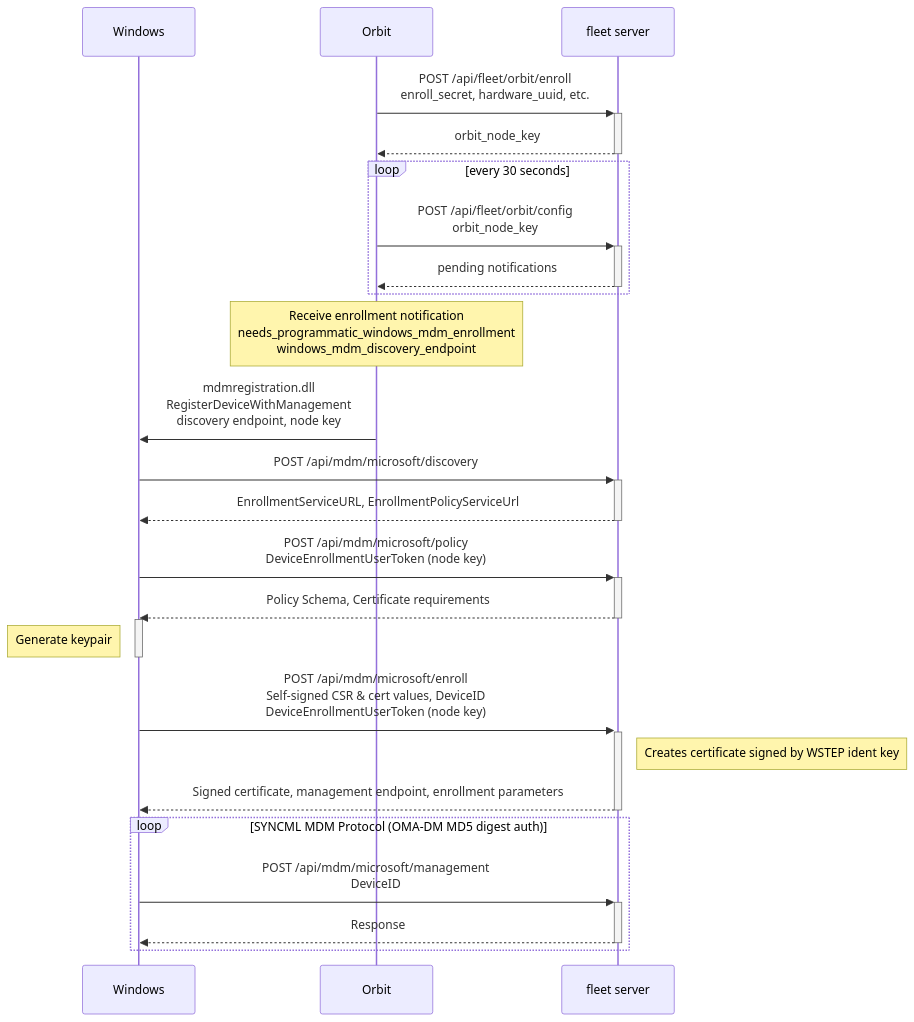
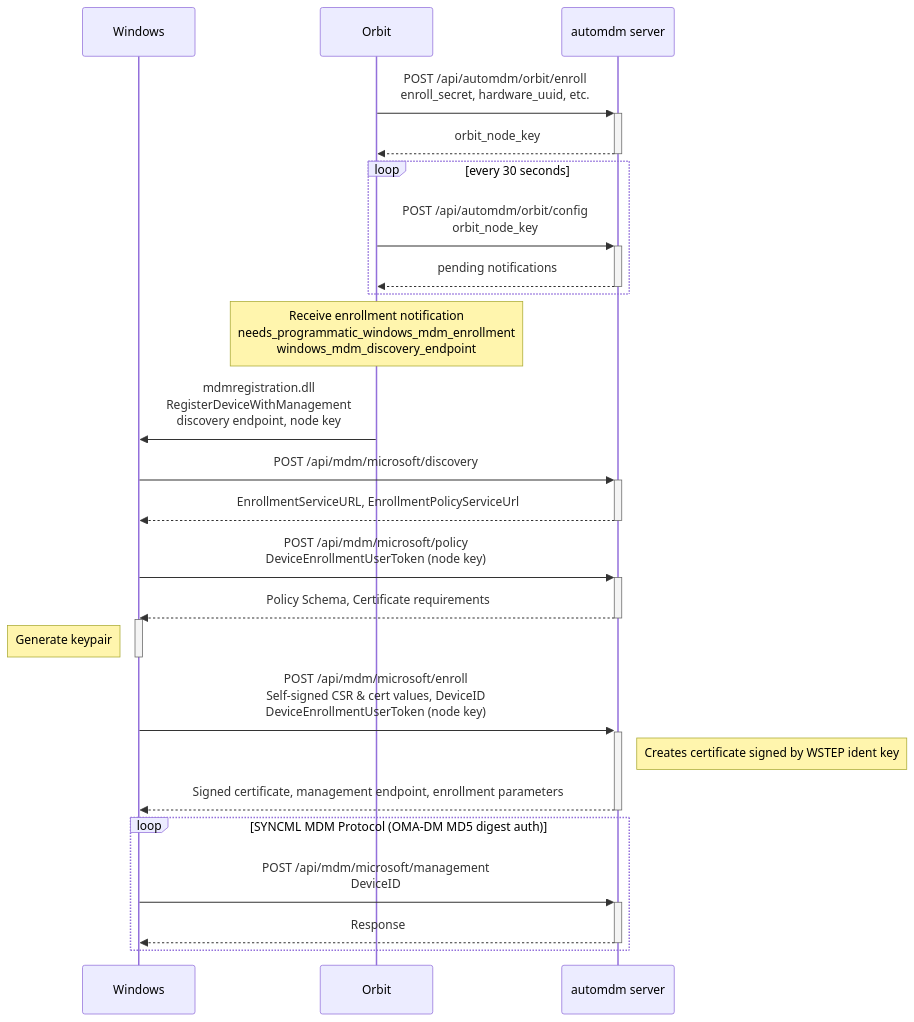
The diagram in docs/Contributing/mdm/windows/windows-mdm-glossary-and-protocol.md (anilyagiz/AutoMDM), drawn with Mermaid before and after one commit. The commit also changed other lines of this file and 7979 other files, not shown here.

````diff
--- a/docs/Contributing/mdm/windows/windows-mdm-glossary-and-protocol.md
+++ b/docs/Contributing/mdm/windows/windows-mdm-glossary-and-protocol.md
@@ -5,34 +5,34 @@
 ```mermaid
 sequenceDiagram
     participant windows as Windows
     participant orbit as Orbit
-    participant server as fleet server
+    participant server as automdm server
 
-    orbit->>+server: POST /api/fleet/orbit/enroll<br/>enroll_secret, hardware_uuid, etc.
+    orbit->>+server: POST /api/automdm/orbit/enroll<br/>enroll_secret, hardware_uuid, etc.
     server-->>-orbit: orbit_node_key
 
     loop every 30 seconds
-        orbit->>+server: POST /api/fleet/orbit/config<br/>orbit_node_key
+        orbit->>+server: POST /api/automdm/orbit/config<br/>orbit_node_key
         server-->>-orbit: pending notifications
     end
 
     note over orbit: Receive enrollment notification<br/>needs_programmatic_windows_mdm_enrollment<br/>windows_mdm_discovery_endpoint
     orbit->>windows: mdmregistration.dll<br/>RegisterDeviceWithManagement<br/>discovery endpoint, node key
 
     windows->>+server: POST /api/mdm/microsoft/discovery
     server-->>-windows: EnrollmentServiceURL, EnrollmentPolicyServiceUrl
 
     windows->>+server: POST /api/mdm/microsoft/policy<br/>DeviceEnrollmentUserToken (node key)
     server-->>-windows: Policy Schema, Certificate requirements
     activate windows
     note left of windows: Generate keypair
     deactivate windows
     windows->>+server: POST /api/mdm/microsoft/enroll<br/>Self-signed CSR & cert values, DeviceID<br/>DeviceEnrollmentUserToken (node key)
     note right of server: Creates certificate signed by WSTEP ident key
     server-->>-windows: Signed certificate, management endpoint, enrollment parameters
 
     loop SYNCML MDM Protocol (OMA-DM MD5 digest auth)
         windows->>+server: POST /api/mdm/microsoft/management<br/>DeviceID
         server-->>-windows: Response
     end
 ```
````
